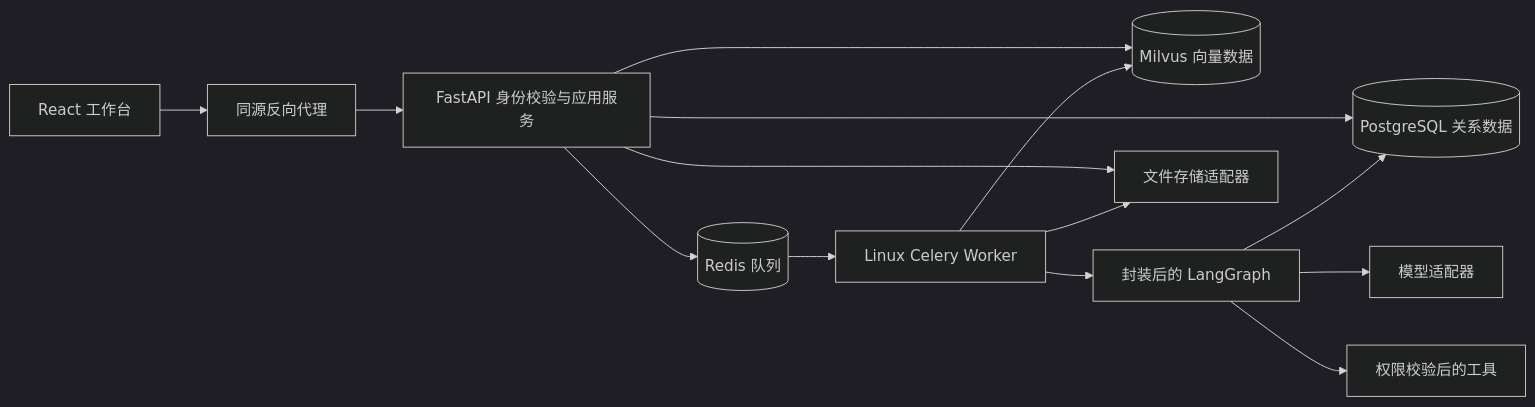
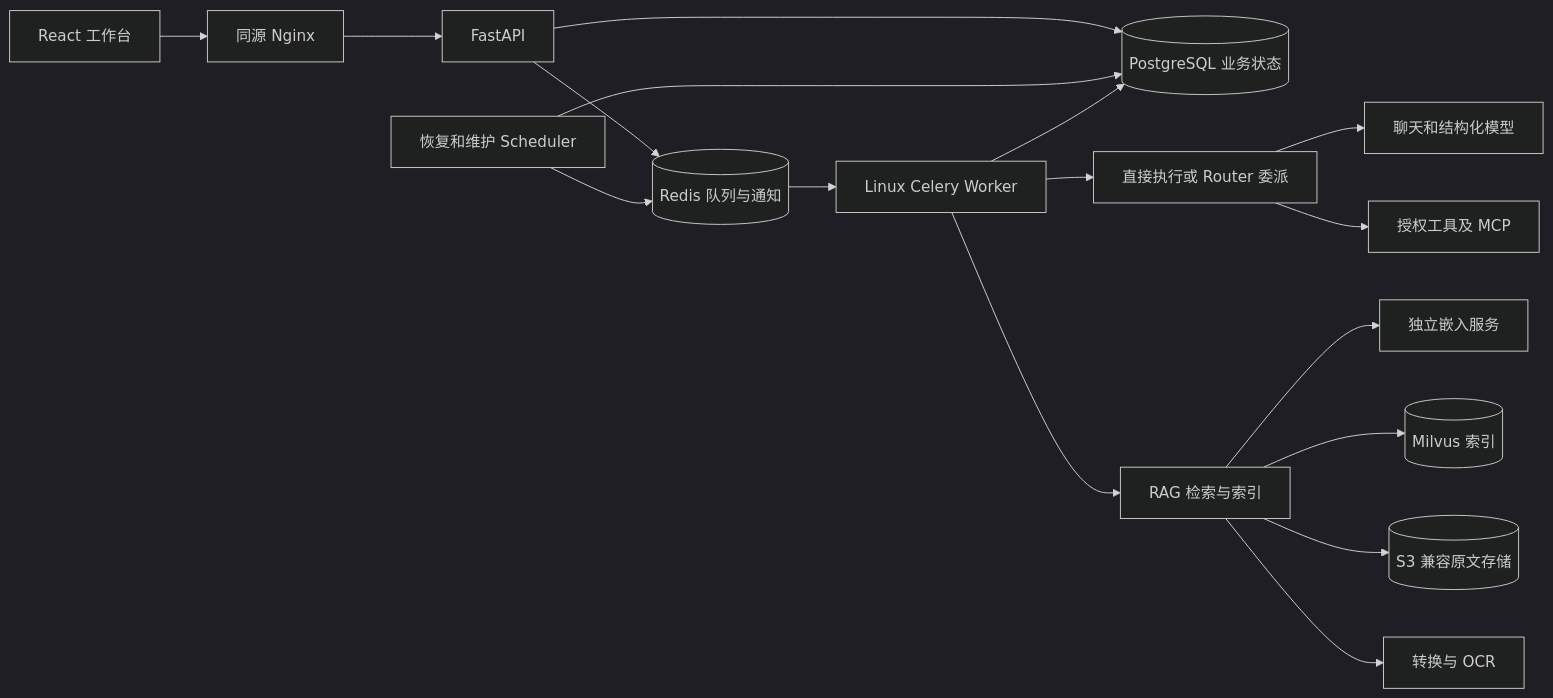
One commit to CyberXtremeWonder/YugiTalk changed the first of 2 diagrams in docs/ARCHITECTURE.md. Above: the diagram before and after it, drawn with Mermaid (dark theme). The commit also changed other lines of this file and 394 other files, not shown here.

````diff
--- a/docs/ARCHITECTURE.md
+++ b/docs/ARCHITECTURE.md
@@ -11,16 +7,19 @@
 ```mermaid
 flowchart LR
-    UI[React 工作台] --> Proxy[同源反向代理]
-    Proxy --> API[FastAPI 身份校验与应用服务]
-    API --> DB[(PostgreSQL 关系数据)]
-    API --> Vectors[(Milvus 向量数据)]
-    API --> Queue[(Redis 队列)]
-    Queue --> Worker[Linux Celery Worker]
-    Worker --> Graph[封装后的 LangGraph]
-    Graph --> DB
-    Graph --> Provider[模型适配器]
-    Graph --> Tools[权限校验后的工具]
-    API --> Files[文件存储适配器]
-    Worker --> Files
-    Worker --> Vectors
+    UI[React 工作台] --> Proxy[同源 Nginx]
+    Proxy --> API[FastAPI]
+    API --> SQL[(PostgreSQL 业务状态)]
+    API --> Redis[(Redis 队列与通知)]
+    Redis --> Worker[Linux Celery Worker]
+    Scheduler[恢复和维护 Scheduler] --> SQL
+    Scheduler --> Redis
+    Worker --> SQL
+    Worker --> Agent[直接执行或 Router 委派]
+    Agent --> Model[聊天和结构化模型]
+    Agent --> Tools[授权工具及 MCP]
+    Worker --> RAG[RAG 检索与索引]
+    RAG --> Embed[独立嵌入服务]
+    RAG --> Milvus[(Milvus 索引)]
+    RAG --> Store[(S3 兼容原文存储)]
+    RAG --> Docling[转换与 OCR]
 ```
````
